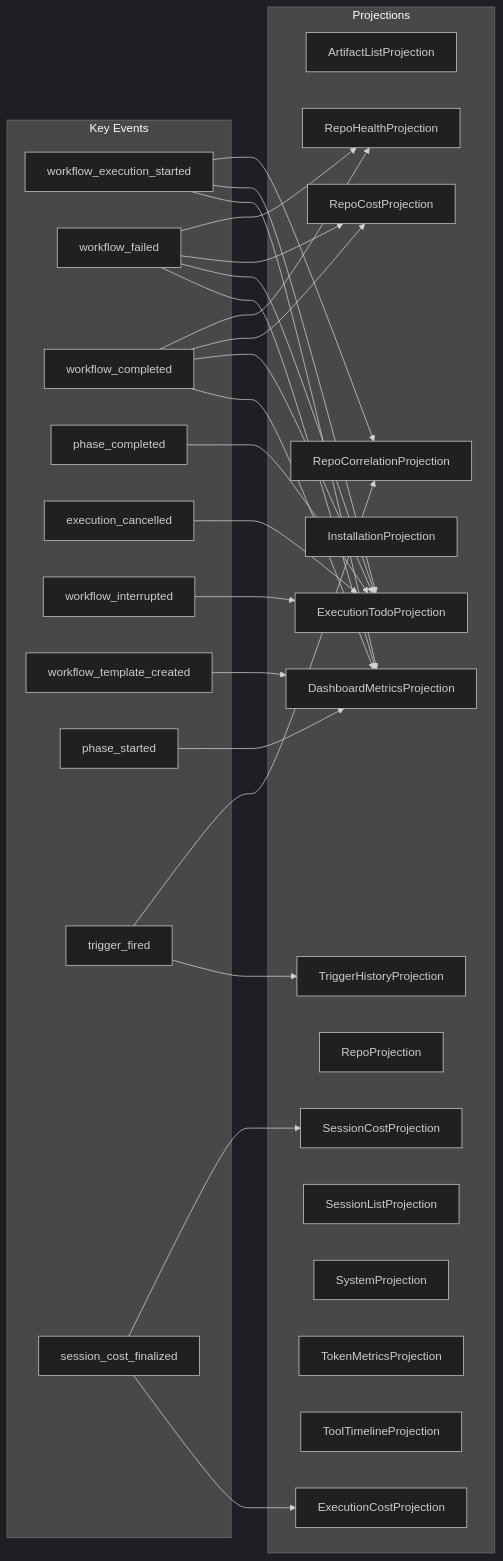
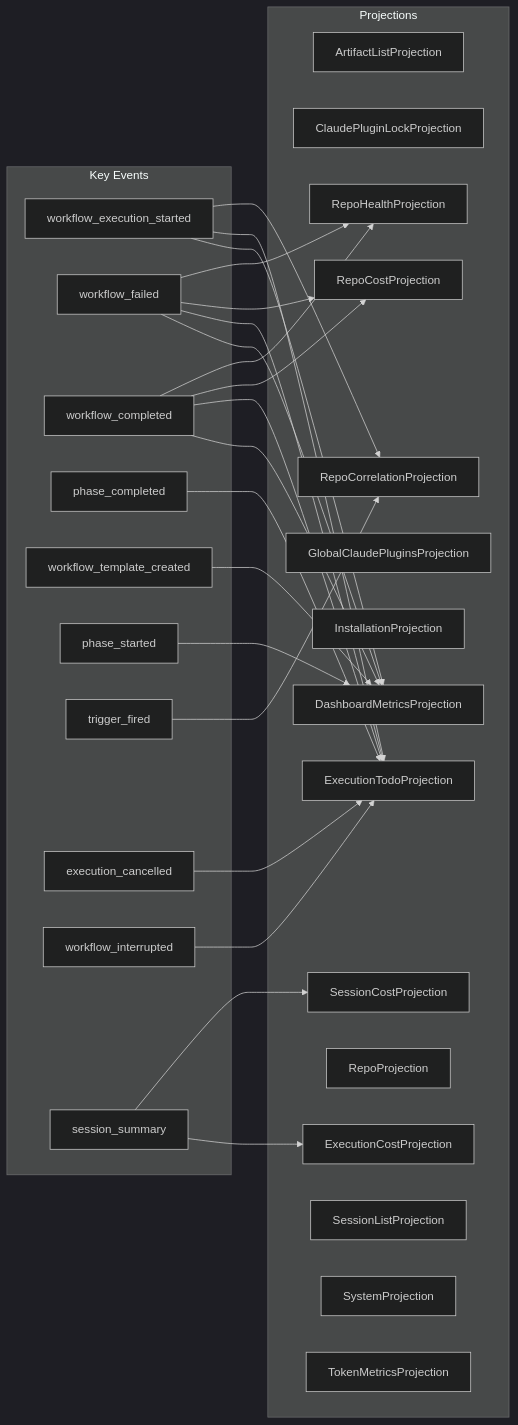
The diagram in docs/architecture/projection-subscriptions.md (syntropic137/syntropic137), drawn with Mermaid (dark theme) before and after one commit. The commit also changed other lines of this file and 146 other files, not shown here.

First line of the commit message:
feat: workflow-scoped claude plugin injection (#726) (#764)

````diff
--- a/docs/architecture/projection-subscriptions.md
+++ b/docs/architecture/projection-subscriptions.md
@@ -15,54 +15,53 @@
 ```mermaid
 graph LR
     subgraph events["Key Events"]
         e1[workflow_execution_started]
         e2[workflow_failed]
         e3[workflow_completed]
         e4[phase_completed]
-        e5[execution_cancelled]
-        e6[workflow_interrupted]
-        e7[workflow_template_created]
-        e8[phase_started]
-        e9[trigger_fired]
-        e10[session_cost_finalized]
+        e5[workflow_template_created]
+        e6[phase_started]
+        e7[trigger_fired]
+        e8[execution_cancelled]
+        e9[workflow_interrupted]
+        e10[session_summary]
     end
 
     subgraph projections["Projections"]
         p1[ArtifactListProjection]
-        p2[DashboardMetricsProjection]
-        p3[ExecutionCostProjection]
-        p4[ExecutionTodoProjection]
-        p5[InstallationProjection]
-        p6[RepoCorrelationProjection]
-        p7[RepoCostProjection]
-        p8[RepoHealthProjection]
-        p9[RepoProjection]
-        p10[SessionCostProjection]
-        p11[SessionListProjection]
-        p12[SystemProjection]
-        p13[TokenMetricsProjection]
-        p14[ToolTimelineProjection]
-        p15[TriggerHistoryProjection]
+        p2[ClaudePluginLockProjection]
+        p3[DashboardMetricsProjection]
+        p4[ExecutionCostProjection]
+        p5[ExecutionTodoProjection]
+        p6[GlobalClaudePluginsProjection]
+        p7[InstallationProjection]
+        p8[RepoCorrelationProjection]
+        p9[RepoCostProjection]
+        p10[RepoHealthProjection]
+        p11[RepoProjection]
+        p12[SessionCostProjection]
+        p13[SessionListProjection]
+        p14[SystemProjection]
+        p15[TokenMetricsProjection]
     end
 
-    e10 --> p10
-    e10 --> p3
-    e4 --> p4
-    e2 --> p8
-    e2 --> p7
-    e2 --> p4
-    e2 --> p2
-    e5 --> p4
-    e6 --> p4
-    e7 --> p2
-    e8 --> p2
-    e3 --> p8
-    e3 --> p7
-    e3 --> p4
-    e3 --> p2
-    e1 --> p6
-    e1 --> p4
-    e1 --> p2
-    e9 --> p6
-    e9 --> p15
+    e2 --> p10
+    e2 --> p9
+    e2 --> p5
+    e2 --> p3
+    e4 --> p5
+    e10 --> p12
+    e10 --> p4
+    e1 --> p8
+    e1 --> p5
+    e1 --> p3
+    e5 --> p3
+    e6 --> p3
+    e7 --> p8
+    e8 --> p5
+    e9 --> p5
+    e3 --> p10
+    e3 --> p9
+    e3 --> p5
+    e3 --> p3
 ```
````
